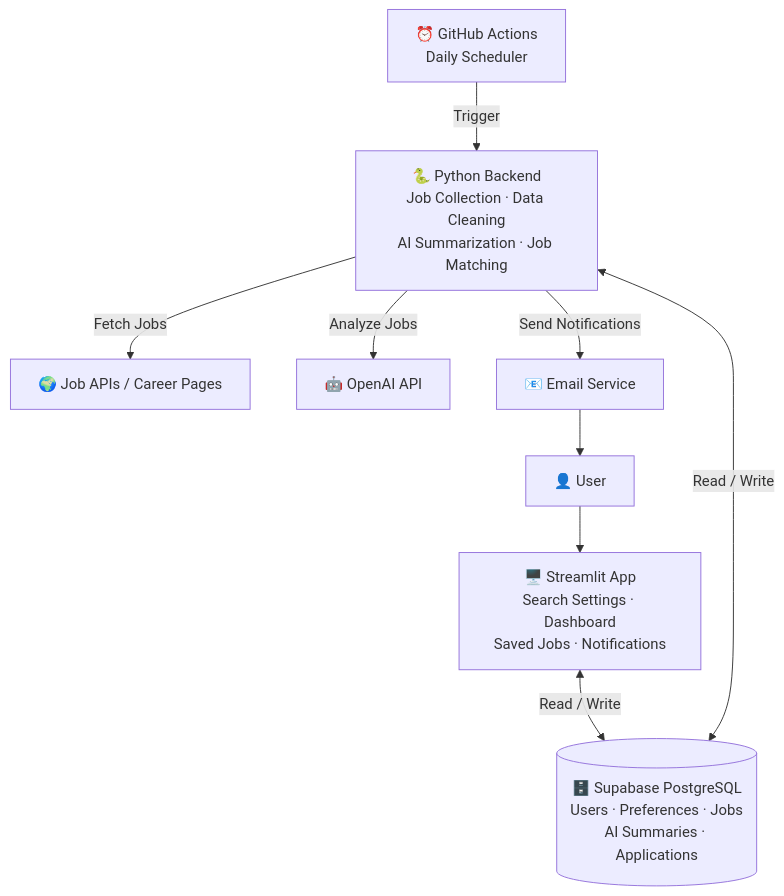
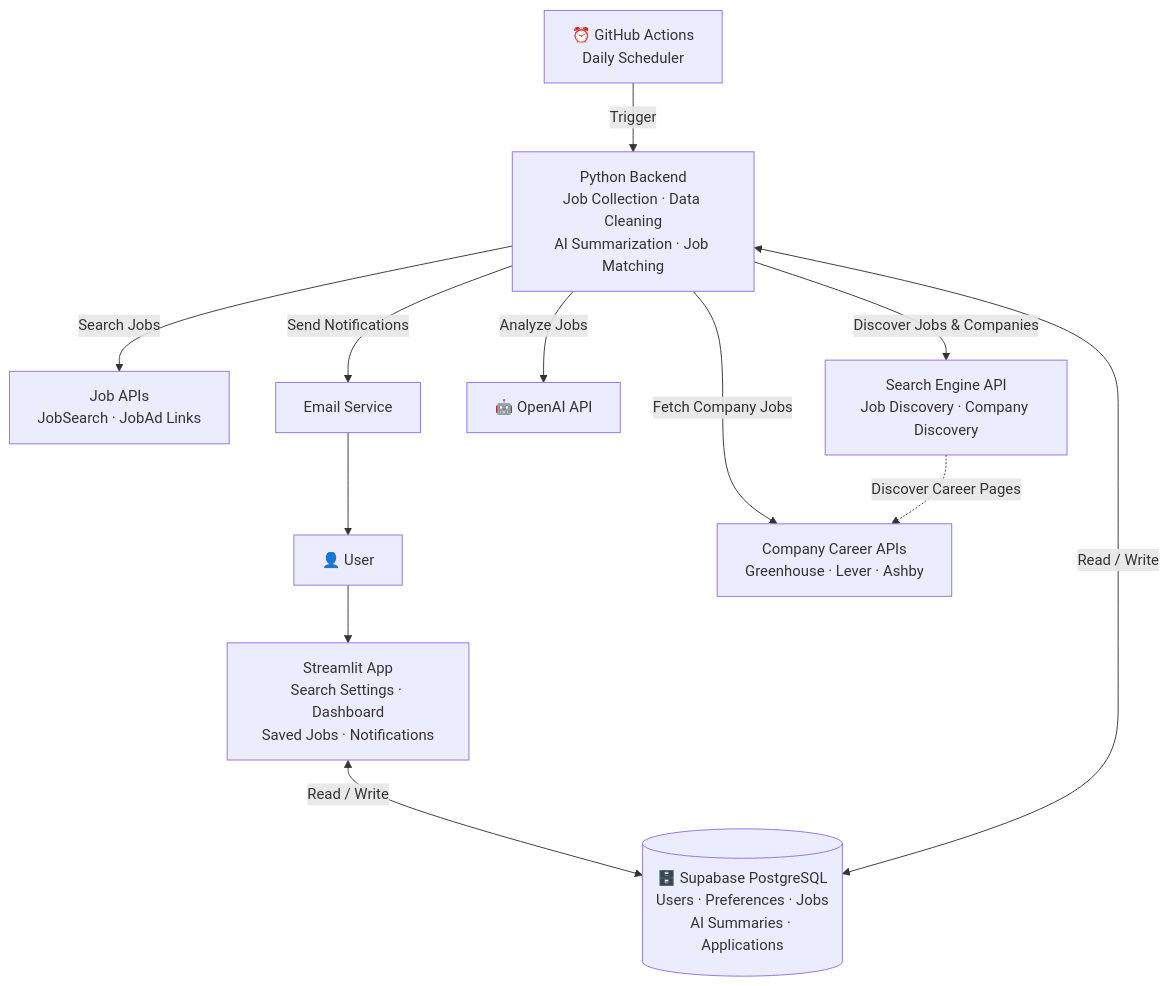
One commit to edogawa-liang/JobsAreComing changed the diagram in README.md. Above: the diagram before and after it, drawn with Mermaid. The commit also changed other lines of this file and 1 other file, not shown here.

Commit message:
uppdate architecture

````diff
--- a/README.md
+++ b/README.md
@@ -3,28 +3,39 @@
 ```mermaid
 flowchart TD
     User["👤 User"]
 
-    App["🖥️ Streamlit App<br/>Search Settings · Dashboard<br/>Saved Jobs · Notifications"]
+    App["Streamlit App<br/>Search Settings · Dashboard<br/>Saved Jobs · Notifications"]
 
     DB[("🗄️ Supabase PostgreSQL<br/>Users · Preferences · Jobs<br/>AI Summaries · Applications")]
 
     Scheduler["⏰ GitHub Actions<br/>Daily Scheduler"]
 
-    Backend["🐍 Python Backend<br/>Job Collection · Data Cleaning<br/>AI Summarization · Job Matching"]
+    Backend["Python Backend<br/>Job Collection · Data Cleaning<br/>AI Summarization · Job Matching"]
 
-    JobAPI["🌍 Job APIs / Career Pages"]
+    JobAPI["Job APIs<br/>JobSearch · JobAd Links"]
+
+    SearchEngine["Search Engine API<br/>Job Discovery · Company Discovery"]
+
+    CareerAPI["Company Career APIs<br/>Greenhouse · Lever · Ashby"]
+
     AI["🤖 OpenAI API"]
-    Email["📧 Email Service"]
+
+    Email["Email Service"]
 
     User --> App
     App <-->|Read / Write| DB
 
     Scheduler -->|Trigger| Backend
 
     Backend <-->|Read / Write| DB
-    Backend -->|Fetch Jobs| JobAPI
+    Backend -->|Search Jobs| JobAPI
+    Backend -->|Discover Jobs & Companies| SearchEngine
+    Backend -->|Fetch Company Jobs| CareerAPI
+
+    SearchEngine -.->|Discover Career Pages| CareerAPI
+
     Backend -->|Analyze Jobs| AI
     Backend -->|Send Notifications| Email
 
     Email --> User
 ```
````
